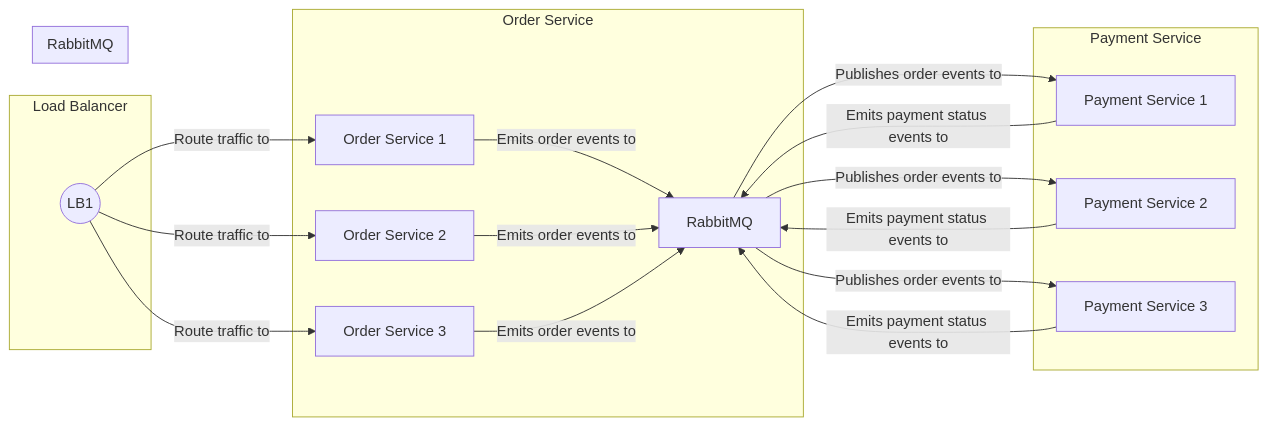
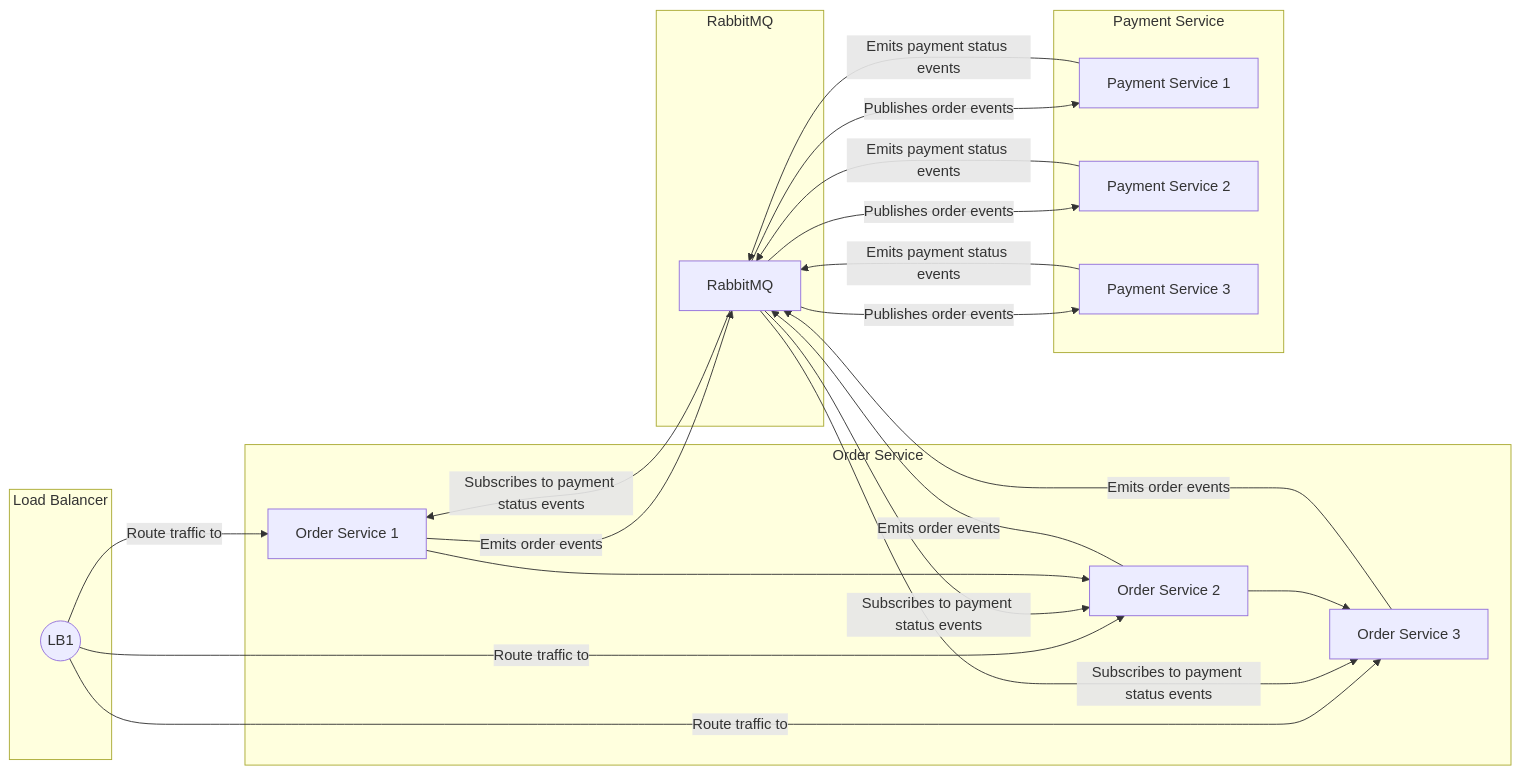
Before and after one commit to sobystanly/amqp: the diagram in SETUP.md, drawn with Mermaid.

Commit message:
updated diagram

````diff
--- a/SETUP.md
+++ b/SETUP.md
@@ -68,31 +68,37 @@
 ```mermaid
 graph LR;
-    subgraph "Load Balancer"
-        lb1((LB1))
-    end
     subgraph "Order Service"
         order1[Order Service 1]
         order2[Order Service 2]
         order3[Order Service 3]
-        lb1 -->|Route traffic to| order1;
-        lb1 -->|Route traffic to| order2;
-        lb1 -->|Route traffic to| order3;
-        order1 -->|Emits order events to| rabbitMQ;
-        order2 -->|Emits order events to| rabbitMQ;
-        order3 -->|Emits order events to| rabbitMQ;
     end
     subgraph "RabbitMQ"
         rabbitMQ[RabbitMQ]
     end
     subgraph "Payment Service"
         payment1[Payment Service 1]
         payment2[Payment Service 2]
         payment3[Payment Service 3]
-        rabbitMQ -->|Publishes order events to| payment1;
-        rabbitMQ -->|Publishes order events to| payment2;
-        rabbitMQ -->|Publishes order events to| payment3;
-        payment1 -->|Emits payment status events to| rabbitMQ;
-        payment2 -->|Emits payment status events to| rabbitMQ;
-        payment3 -->|Emits payment status events to| rabbitMQ;
     end
+    subgraph "Load Balancer"
+        lb1((LB1))
+    end
+    lb1 -->|Route traffic to| order1;
+    lb1 -->|Route traffic to| order2;
+    lb1 -->|Route traffic to| order3;
+    order1 -->|Emits order events| rabbitMQ;
+    order2 -->|Emits order events| rabbitMQ;
+    order3 -->|Emits order events| rabbitMQ;
+    rabbitMQ -->|Subscribes to payment status events| order1;
+    rabbitMQ -->|Subscribes to payment status events| order2;
+    rabbitMQ -->|Subscribes to payment status events| order3;
+    rabbitMQ -->|Publishes order events| payment1;
+    rabbitMQ -->|Publishes order events| payment2;
+    rabbitMQ -->|Publishes order events| payment3;
+    payment1 -->|Emits payment status events| rabbitMQ;
+    payment2 -->|Emits payment status events| rabbitMQ;
+    payment3 -->|Emits payment status events| rabbitMQ;
+    
+    order1 --> order2;
+    order2 --> order3;
 ```
````
